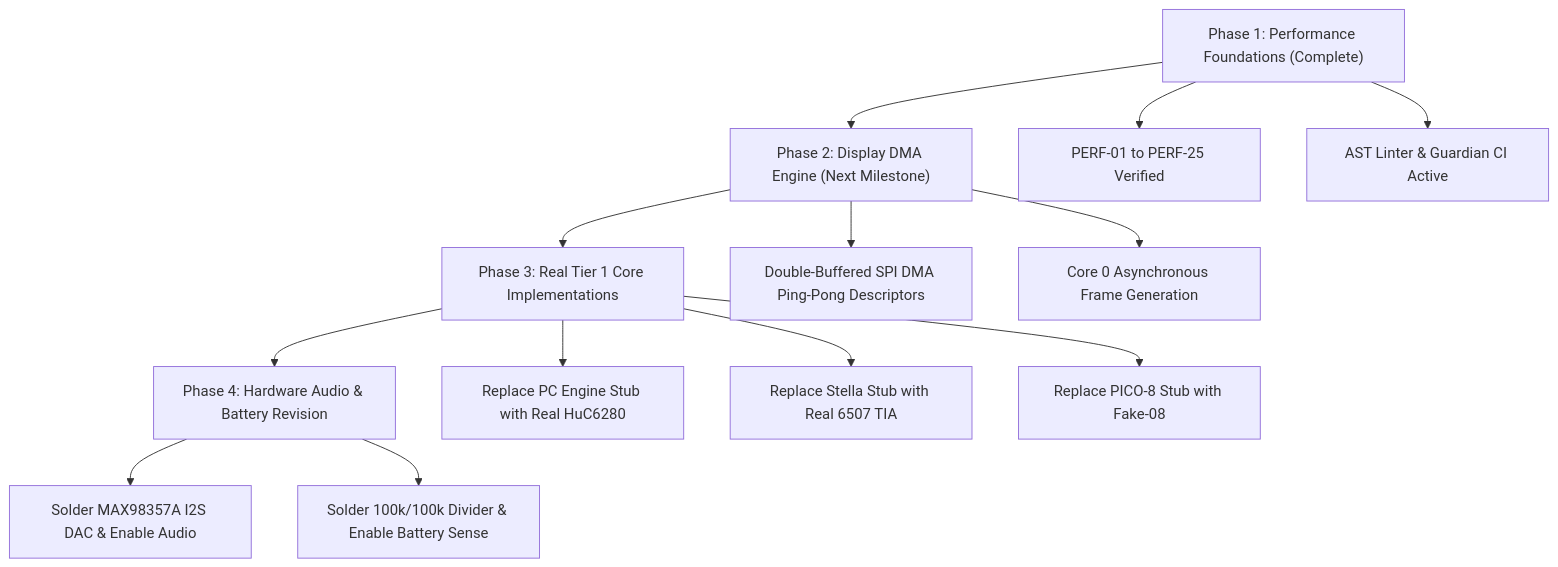
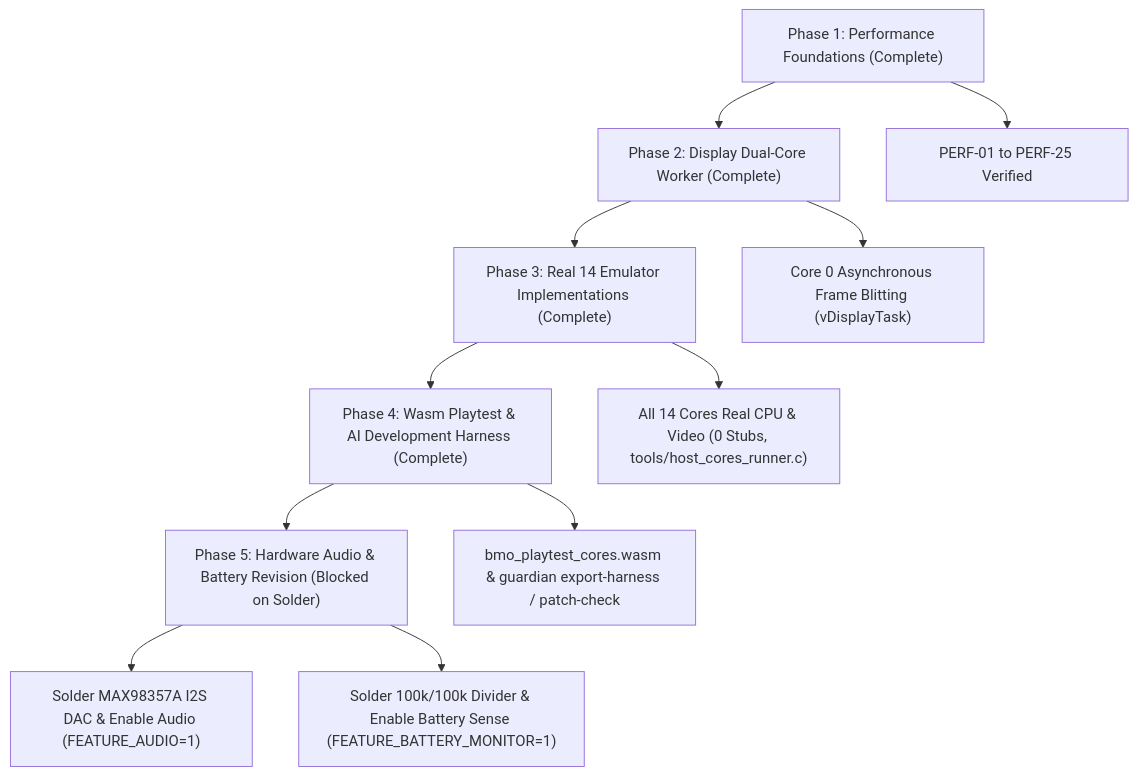
One commit to MahmoudMamdouh3/ESP32-S3-Handheld-Gaming-Console changed the diagram in .agents/rules/04_known_issues.md. Above: the diagram before and after it, drawn with Mermaid. The commit also changed other lines of this file and 15 other files, not shown here.

First line of the commit message:
feat(guardian): add portable harness exporter, pre-flight patch-check, and simulator controls

````diff
--- a/.agents/rules/04_known_issues.md
+++ b/.agents/rules/04_known_issues.md
@@ -365,19 +369,14 @@
 ```mermaid
 graph TD
-    A["Phase 1: Performance Foundations (Complete)"] --> B["Phase 2: Display DMA Engine (Next Milestone)"]
-    B --> C["Phase 3: Real Tier 1 Core Implementations"]
-    C --> D["Phase 4: Hardware Audio & Battery Revision"]
+    A["Phase 1: Performance Foundations (Complete)"] --> B["Phase 2: Display Dual-Core Worker (Complete)"]
+    B --> C["Phase 3: Real 14 Emulator Implementations (Complete)"]
+    C --> D["Phase 4: Wasm Playtest & AI Development Harness (Complete)"]
+    D --> E["Phase 5: Hardware Audio & Battery Revision (Blocked on Solder)"]
     
     A --> A1["PERF-01 to PERF-25 Verified"]
-    A --> A2["AST Linter & Guardian CI Active"]
-    
-    B --> B1["Double-Buffered SPI DMA Ping-Pong Descriptors"]
-    B --> B2["Core 0 Asynchronous Frame Generation"]
-    
-    C --> C1["Replace PC Engine Stub with Real HuC6280"]
-    C --> C2["Replace Stella Stub with Real 6507 TIA"]
-    C --> C3["Replace PICO-8 Stub with Fake-08"]
-    
-    D --> D1["Solder MAX98357A I2S DAC & Enable Audio"]
-    D --> D2["Solder 100k/100k Divider & Enable Battery Sense"]
+    B --> B1["Core 0 Asynchronous Frame Blitting (vDisplayTask)"]
+    C --> C1["All 14 Cores Real CPU & Video (0 Stubs, tools/host_cores_runner.c)"]
+    D --> D1["bmo_playtest_cores.wasm & guardian export-harness / patch-check"]
+    E --> E1["Solder MAX98357A I2S DAC & Enable Audio (FEATURE_AUDIO=1)"]
+    E --> E2["Solder 100k/100k Divider & Enable Battery Sense (FEATURE_BATTERY_MONITOR=1)"]
 ```
````
